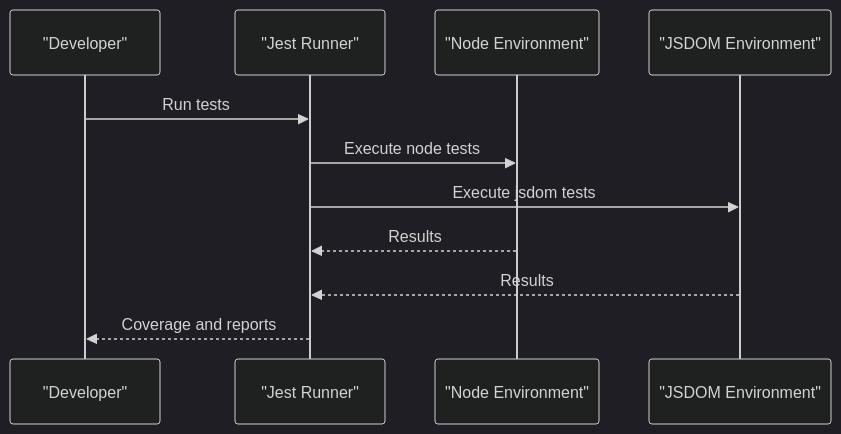
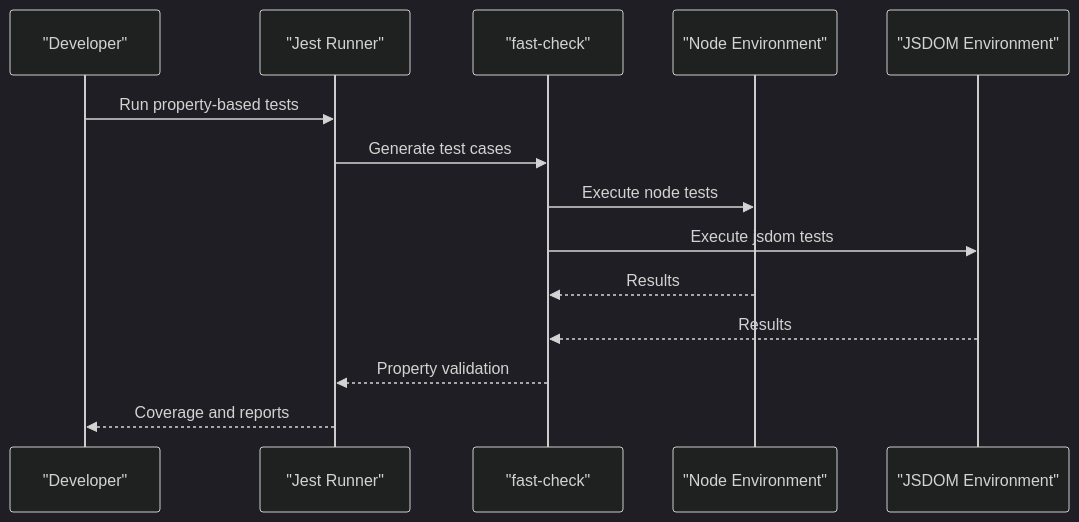
Before and after one commit to SinesysTech/zattar-os: the ninth of 17 diagrams in .qoder/repowiki/en/content/Development Guide/Development Guide.md, drawn with Mermaid (dark theme). The commit also changed other lines of this file and 11 other files, not shown here.

````diff
--- a/.qoder/repowiki/en/content/Development Guide/Development Guide.md
+++ b/.qoder/repowiki/en/content/Development Guide/Development Guide.md
@@ -329,13 +453,16 @@
 ```mermaid
 sequenceDiagram
 participant Dev as "Developer"
 participant Jest as "Jest Runner"
+participant FastCheck as "fast-check"
 participant NodeEnv as "Node Environment"
 participant JSDOM as "JSDOM Environment"
-Dev->>Jest : Run tests
-Jest->>NodeEnv : Execute node tests
-Jest->>JSDOM : Execute jsdom tests
-NodeEnv-->>Jest : Results
-JSDOM-->>Jest : Results
+Dev->>Jest : Run property-based tests
+Jest->>FastCheck : Generate test cases
+FastCheck->>NodeEnv : Execute node tests
+FastCheck->>JSDOM : Execute jsdom tests
+NodeEnv-->>FastCheck : Results
+JSDOM-->>FastCheck : Results
+FastCheck-->>Jest : Property validation
 Jest-->>Dev : Coverage and reports
 ```
````
